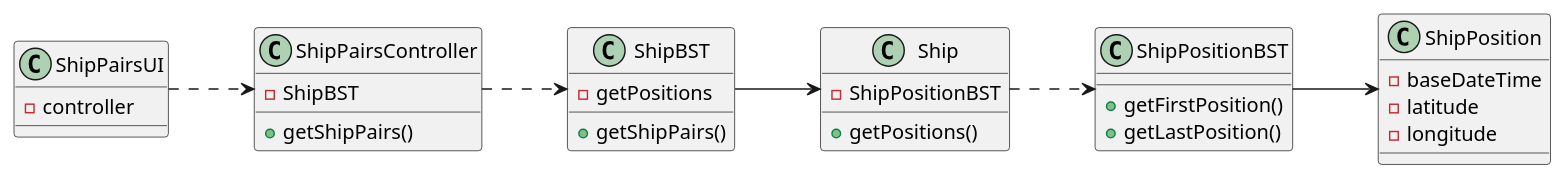
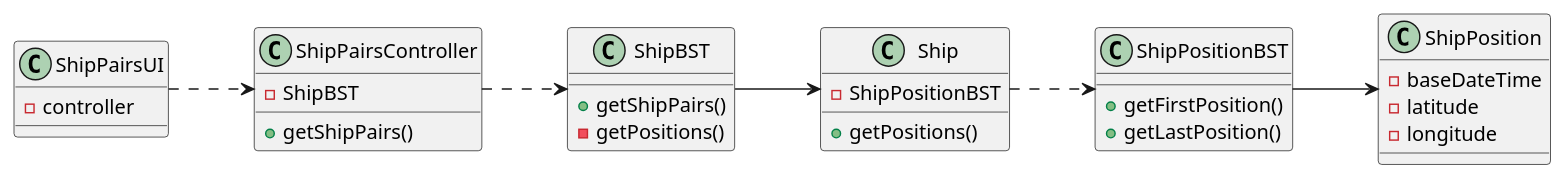
One commit to 1190772/LAB-Project-3 changed the diagram in docs/Sprint 2/US/US107/US107_CD.puml. Above: the diagram before and after it, drawn with PlantUML. The commit also changed 6 other files, not shown here.

Commit message:
Atualização do Class Diagram.

```diff
--- a/docs/Sprint 2/US/US107/US107_CD.puml
+++ b/docs/Sprint 2/US/US107/US107_CD.puml
@@ -1,42 +1,42 @@
 @startuml
 'https://plantuml.com/class-diagram
 
 left to right direction
 
 class ShipPairsUI {
 - controller
 }
 
 class ShipPairsController {
 - ShipBST
 + getShipPairs()
 }
 
 class ShipBST {
 + getShipPairs()
-- getPositions
+- getPositions()
 }
 
 class Ship {
 - ShipPositionBST
 + getPositions()
 }
 
 class ShipPositionBST {
 + getFirstPosition()
 + getLastPosition()
 }
 
 class ShipPosition {
 -baseDateTime
 -latitude
 -longitude
 }
 
 ShipPairsUI ..> ShipPairsController
 ShipPairsController ..> ShipBST
 ShipBST --> Ship
 Ship ..> ShipPositionBST
 ShipPositionBST --> ShipPosition
 
 @enduml
```
